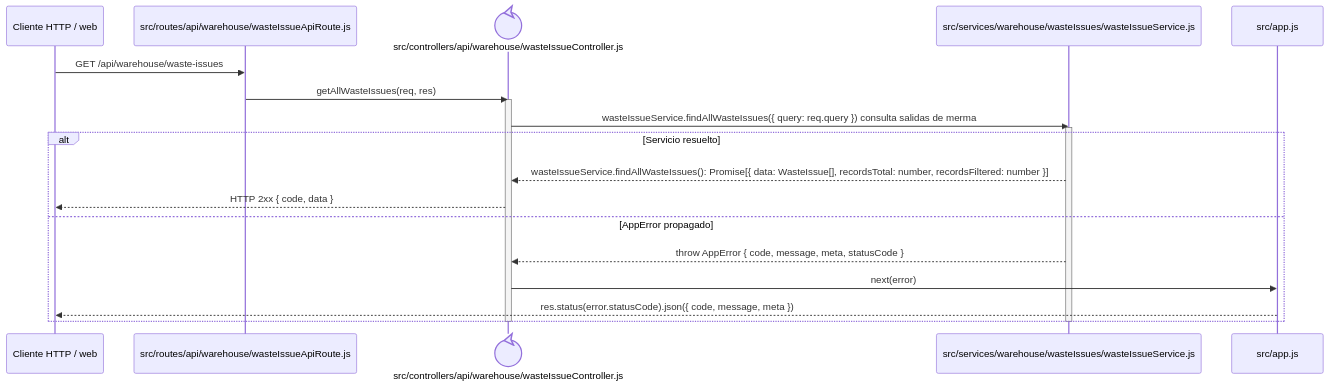
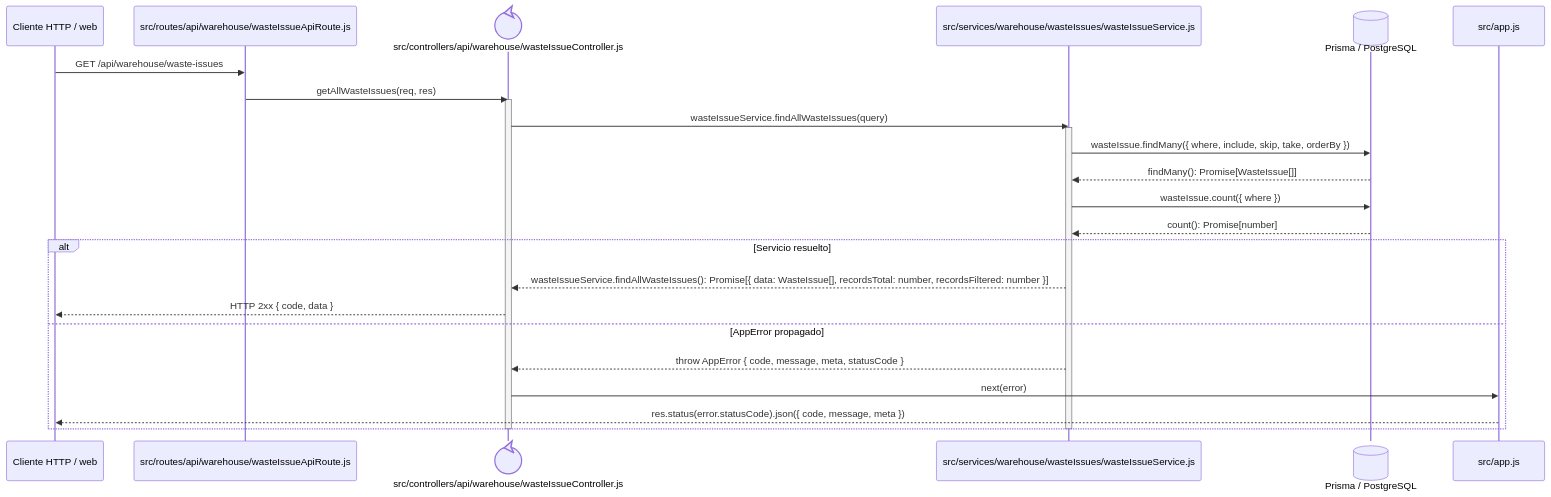
The diagram in docs/architecture/backend-code-sequences/issues/cu-sal-08.md (gpgsistemas01/nexus), drawn with Mermaid before and after one commit. The commit also changed 22 other files, not shown here.

````diff
--- a/docs/architecture/backend-code-sequences/issues/cu-sal-08.md
+++ b/docs/architecture/backend-code-sequences/issues/cu-sal-08.md
@@ -6,24 +6,29 @@
 ```mermaid
 sequenceDiagram
     participant Client as Cliente HTTP / web
     participant Route as src/routes/api/warehouse/wasteIssueApiRoute.js
     participant Controller@{ "type": "control" } as src/controllers/api/warehouse/wasteIssueController.js
     participant Domain as src/services/warehouse/wasteIssues/wasteIssueService.js
+    participant Prisma@{ "type": "database" } as Prisma / PostgreSQL
     participant ErrorHandler as src/app.js
 
     Client->>Route: GET /api/warehouse/waste-issues
     Route->>Controller: getAllWasteIssues(req, res)
     activate Controller
-    Controller->>Domain: wasteIssueService.findAllWasteIssues({ query: req.query }) consulta salidas de merma
+    Controller->>Domain: wasteIssueService.findAllWasteIssues(query)
     activate Domain
+    Domain->>Prisma: wasteIssue.findMany({ where, include, skip, take, orderBy })
+    Prisma-->>Domain: findMany(): Promise[WasteIssue[]]
+    Domain->>Prisma: wasteIssue.count({ where })
+    Prisma-->>Domain: count(): Promise[number]
     alt Servicio resuelto
         Domain-->>Controller: wasteIssueService.findAllWasteIssues(): Promise[{ data: WasteIssue[], recordsTotal: number, recordsFiltered: number }]
         Controller-->>Client: HTTP 2xx { code, data }
     else AppError propagado
         Domain-->>Controller: throw AppError { code, message, meta, statusCode }
         Controller->>ErrorHandler: next(error)
         ErrorHandler-->>Client: res.status(error.statusCode).json({ code, message, meta })
     end
     deactivate Domain
     deactivate Controller
 ```
````
